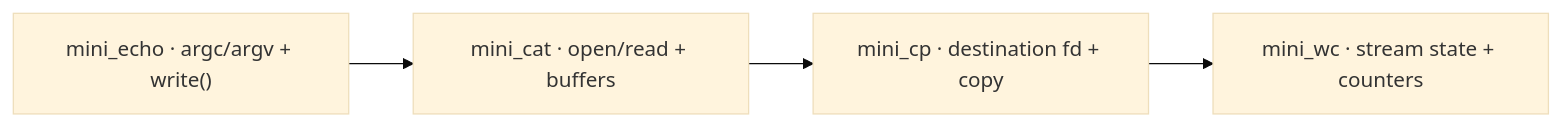
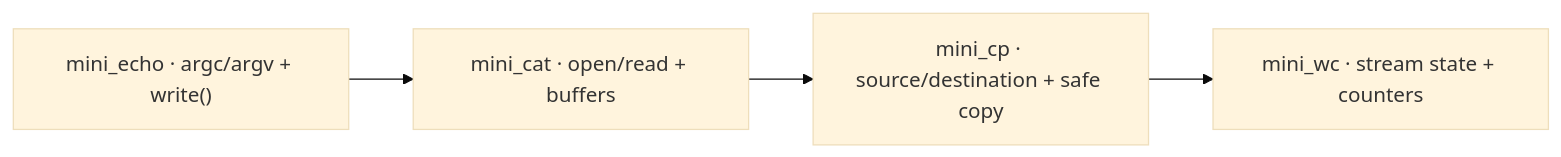
One commit to maximecoia/unix-toolbox changed the diagram in README.md. Above: the diagram before and after it, drawn with Mermaid (base theme). The commit also changed other lines of this file and 4 other files, not shown here.

````diff
--- a/README.md
+++ b/README.md
@@ -35,9 +35,9 @@
 ```mermaid
 flowchart LR
     E["mini_echo · argc/argv + write()"]
     C["mini_cat · open/read + buffers"]
-    P["mini_cp · destination fd + copy"]
+    P["mini_cp · source/destination + safe copy"]
     W["mini_wc · stream state + counters"]
 
     E --> C --> P --> W
 ```
````
